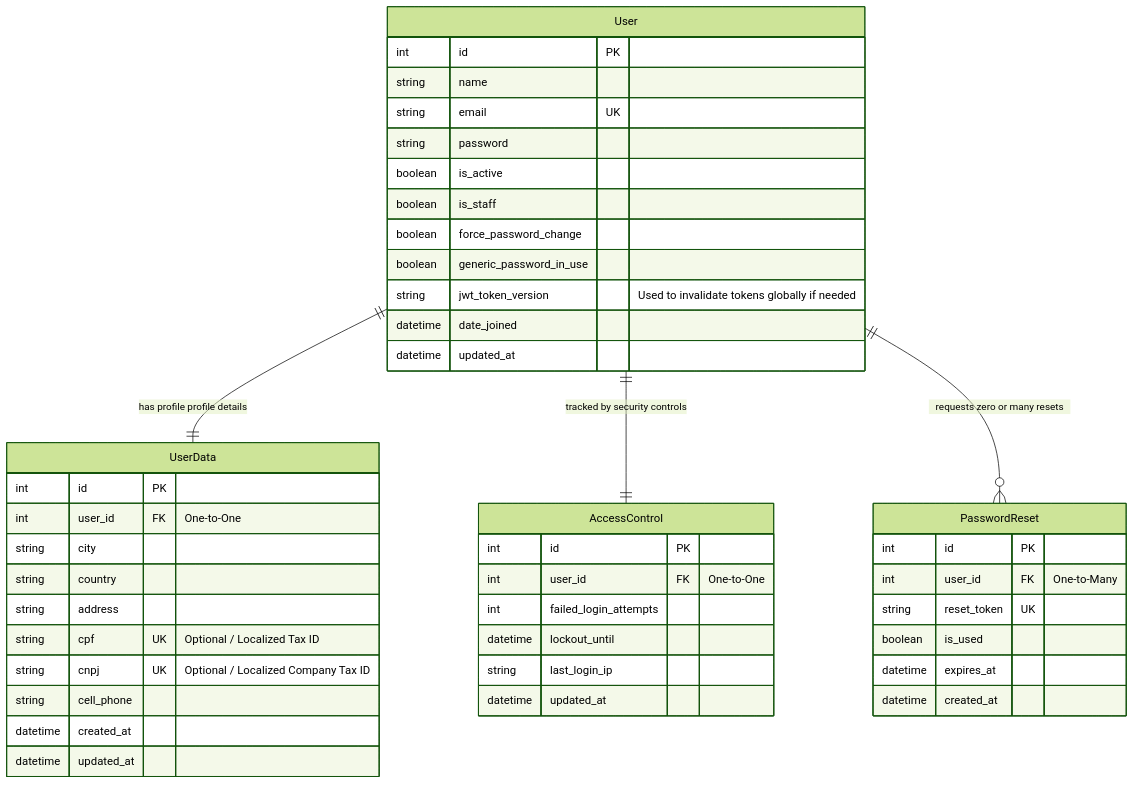
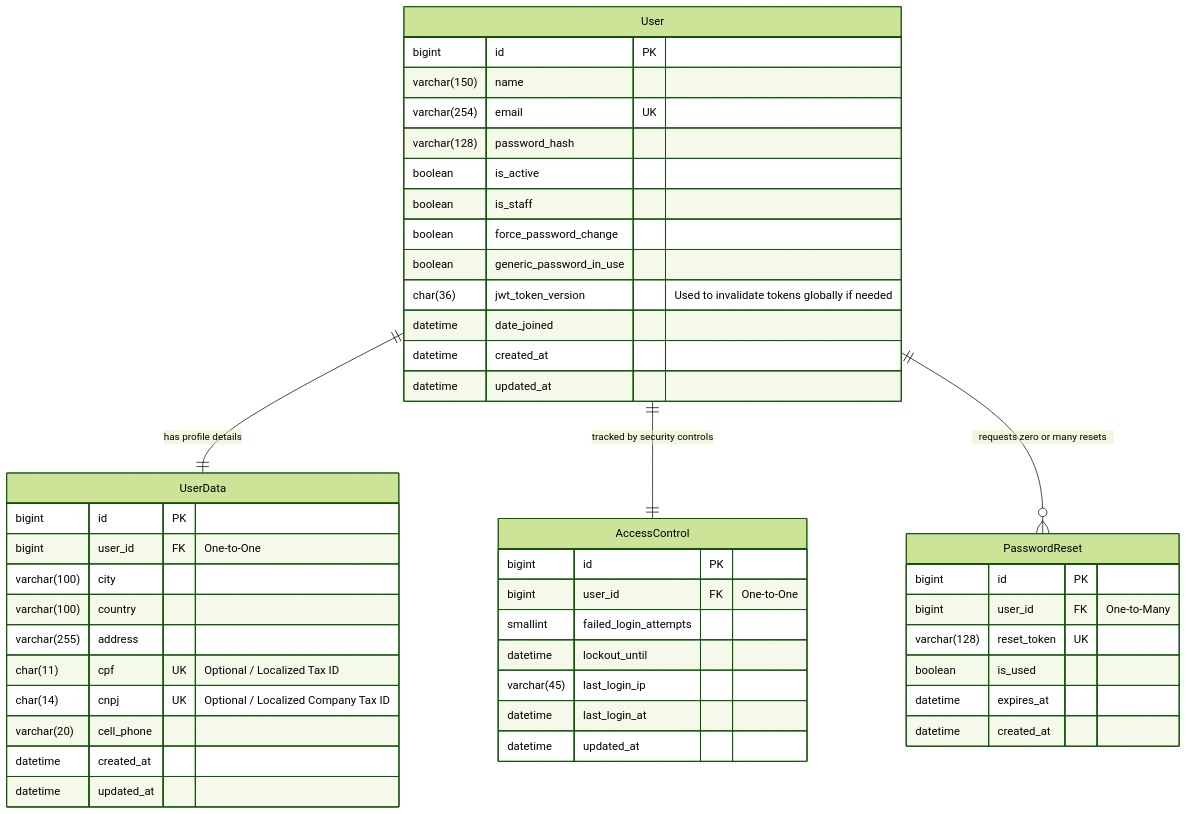
One commit to NicholasGDev/pythonErpConsole changed the diagram in README.MD. Above: the diagram before and after it, drawn with Mermaid (forest theme). The commit also changed other lines of this file, not shown here.

Commit message:
refactor: update README with project setup instructions and database schema improvements

````diff
--- a/README.MD
+++ b/README.MD
@@ -73,52 +63,54 @@
 ```mermaid
 erDiagram
     User {
-        int id PK
-        string name
-        string email UK
-        string password
+        bigint id PK
+        varchar(150) name
+        varchar(254) email UK
+        varchar(128) password_hash
         boolean is_active
         boolean is_staff
         boolean force_password_change
         boolean generic_password_in_use
-        string jwt_token_version "Used to invalidate tokens globally if needed"
+        char(36) jwt_token_version "Used to invalidate tokens globally if needed"
         datetime date_joined
+        datetime created_at
         datetime updated_at
     }
 
     UserData {
-        int id PK
-        int user_id FK "One-to-One"
-        string city
-        string country
-        string address
-        string cpf UK "Optional / Localized Tax ID"
-        string cnpj UK "Optional / Localized Company Tax ID"
-        string cell_phone
+        bigint id PK
+        bigint user_id FK "One-to-One"
+        varchar(100) city
+        varchar(100) country
+        varchar(255) address
+        char(11) cpf UK "Optional / Localized Tax ID"
+        char(14) cnpj UK "Optional / Localized Company Tax ID"
+        varchar(20) cell_phone
         datetime created_at
         datetime updated_at
     }
 
     AccessControl {
-        int id PK
-        int user_id FK "One-to-One"
-        int failed_login_attempts
+        bigint id PK
+        bigint user_id FK "One-to-One"
+        smallint failed_login_attempts
         datetime lockout_until
-        string last_login_ip
+        varchar(45) last_login_ip
+        datetime last_login_at
         datetime updated_at
     }
 
     PasswordReset {
-        int id PK
-        int user_id FK "One-to-Many"
-        string reset_token UK
+        bigint id PK
+        bigint user_id FK "One-to-Many"
+        varchar(128) reset_token UK
         boolean is_used
         datetime expires_at
         datetime created_at
     }
 
-    User ||--|| UserData : "has profile profile details"
+    User ||--|| UserData : "has profile details"
     User ||--|| AccessControl : "tracked by security controls"
     User ||--o{ PasswordReset : "requests zero or many resets"
 
 ```
````
